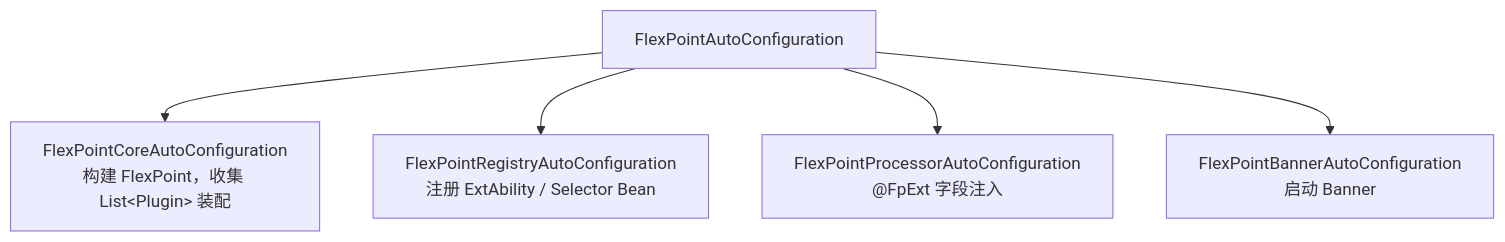
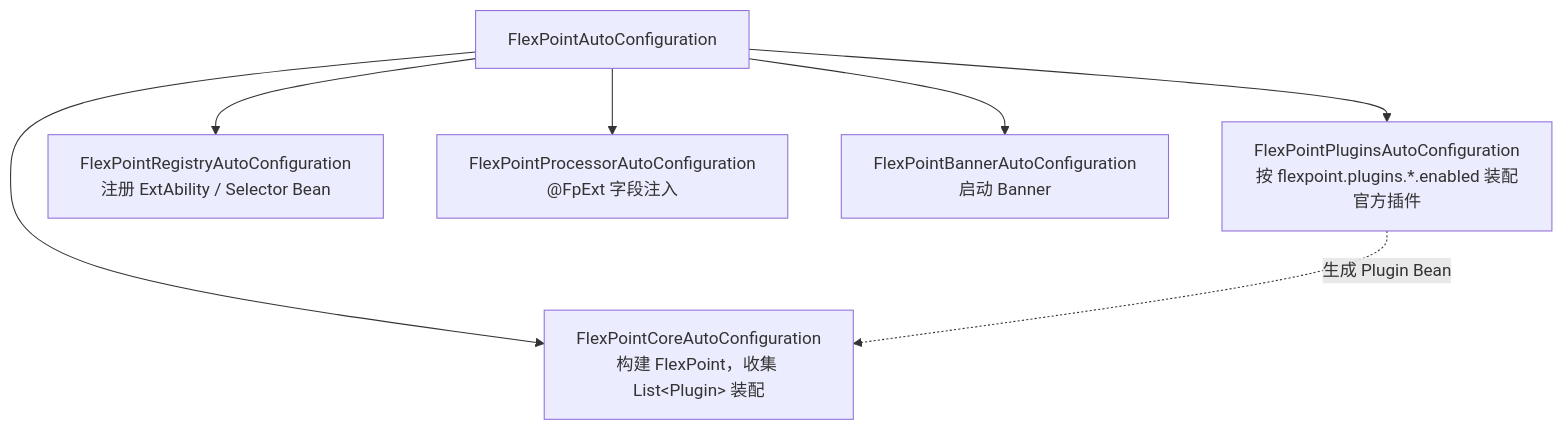
The diagram in docs/guide/springboot.md (xiangganLuo/flex-point), drawn with Mermaid before and after one commit. The commit also changed other lines of this file and 15 other files, not shown here.

````diff
--- a/docs/guide/springboot.md
+++ b/docs/guide/springboot.md
@@ -19,7 +19,9 @@
 ```mermaid
 flowchart TD
-    AC["FlexPointAutoConfiguration"] --> CORE["FlexPointCoreAutoConfiguration<br/>构建 FlexPoint，收集 List&lt;Plugin&gt; 装配"]
+    AC["FlexPointAutoConfiguration"] --> PLUGINS["FlexPointPluginsAutoConfiguration<br/>按 flexpoint.plugins.*.enabled 装配官方插件"]
+    AC --> CORE["FlexPointCoreAutoConfiguration<br/>构建 FlexPoint，收集 List&lt;Plugin&gt; 装配"]
     AC --> REG["FlexPointRegistryAutoConfiguration<br/>注册 ExtAbility / Selector Bean"]
     AC --> PROC["FlexPointProcessorAutoConfiguration<br/>@FpExt 字段注入"]
     AC --> BANNER["FlexPointBannerAutoConfiguration<br/>启动 Banner"]
+    PLUGINS -.生成 Plugin Bean.-> CORE
 ```
````
